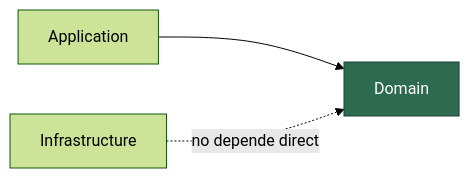
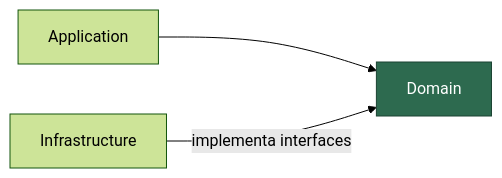
The first of 3 diagrams in PrecotexProyecto/src/Precotex.Proyecto.Domain/README.md (jhoncalleflores1035/precotex-backend-arquitectura), drawn with Mermaid (forest theme) before and after one commit. The commit also changed other lines of this file and 5 other files, not shown here.

Commit message:
Refactor architecture documentation: clarify repository contracts and dependencies across layers

````diff
--- a/PrecotexProyecto/src/Precotex.Proyecto.Domain/README.md
+++ b/PrecotexProyecto/src/Precotex.Proyecto.Domain/README.md
@@ -5,7 +5,7 @@
 ```mermaid
 flowchart LR
     APP[Application] --> DOM[Domain]
-    INFRA[Infrastructure] -.no depende directo.-> DOM
+    INFRA[Infrastructure] -->|"implementa interfaces"| DOM
 
     style DOM fill:#2d6a4f,stroke:#1b4332,color:#fff
 ```
````
